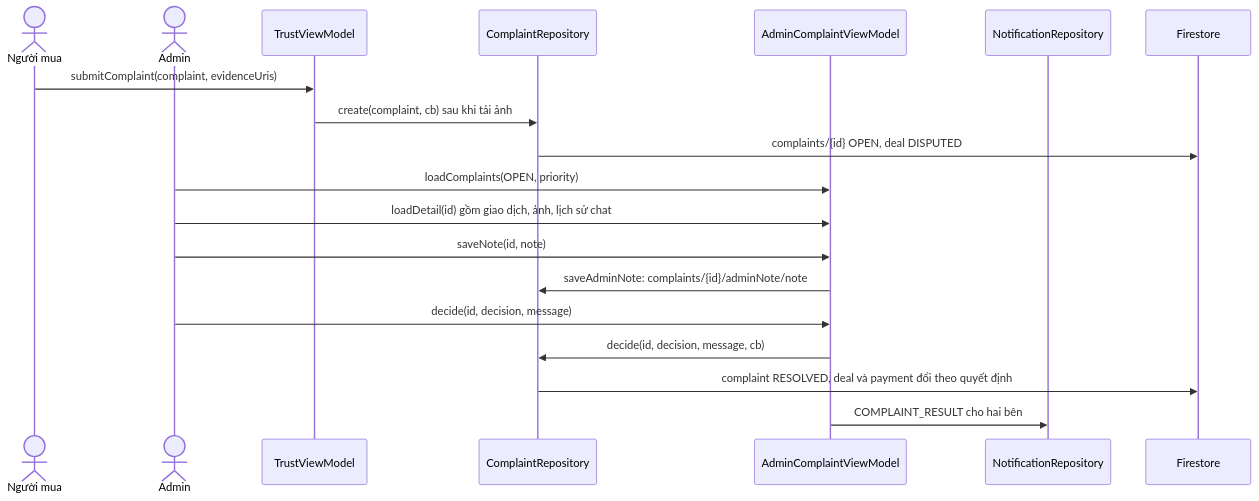
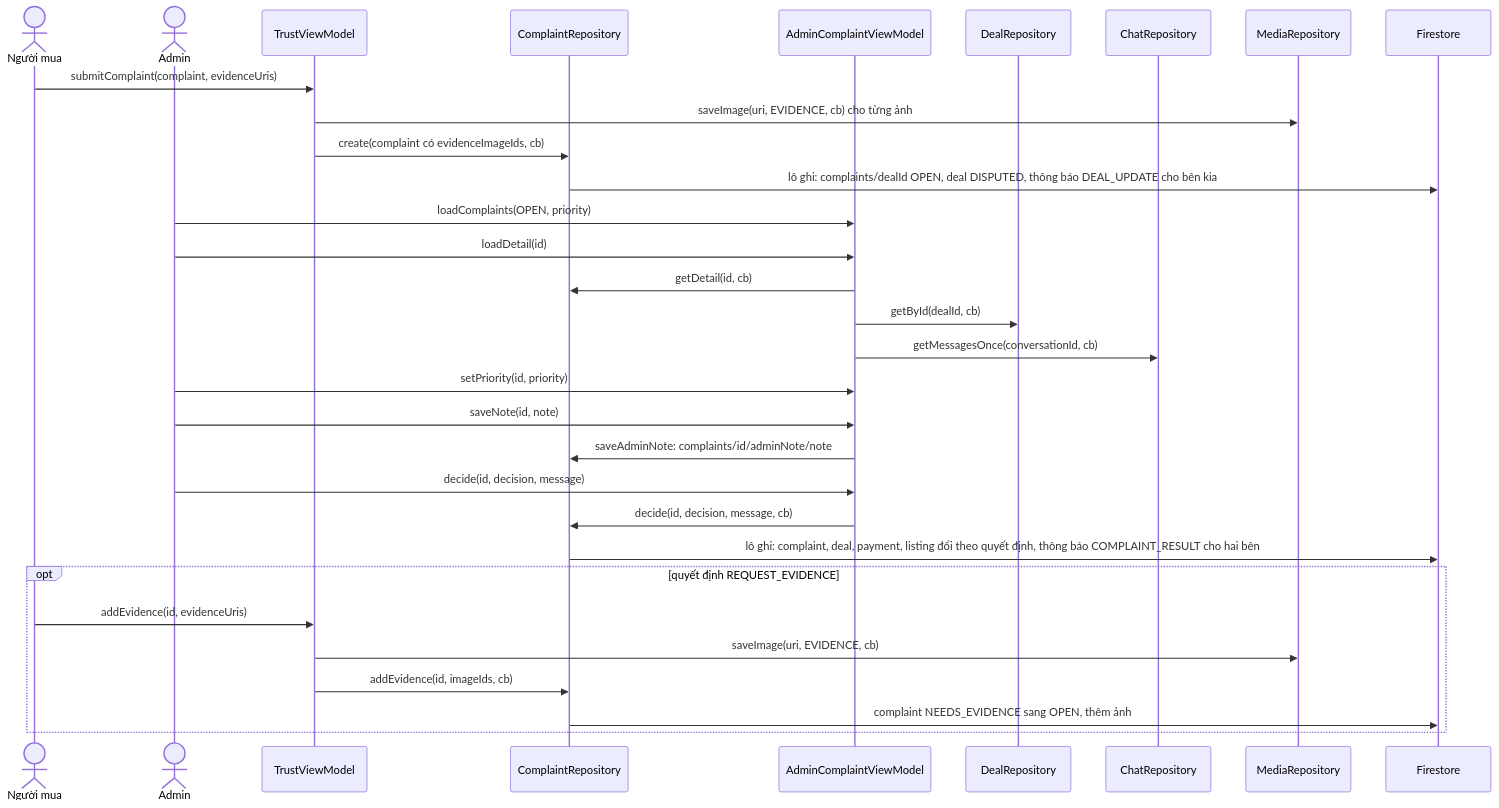
One commit to tahpnart8/NHOM3-MobileApp changed the sixth of 7 diagrams in workflow/docs/architecture/luong-xu-ly.md. Above: the diagram before and after it, drawn with Mermaid. The commit also changed other lines of this file and 116 other files, not shown here.

Commit message:
docs(docs): lưu tạm công việc P0 trước khi tách Pull Request

````diff
--- a/workflow/docs/architecture/luong-xu-ly.md
+++ b/workflow/docs/architecture/luong-xu-ly.md
@@ -188,21 +221,33 @@
 ```mermaid
 sequenceDiagram
     actor B as Người mua
     actor A as Admin
     participant TVM as TrustViewModel
     participant CR as ComplaintRepository
     participant ACVM as AdminComplaintViewModel
-    participant NR as NotificationRepository
+    participant DR as DealRepository
+    participant CHR as ChatRepository
+    participant MR as MediaRepository
     participant FS as Firestore
     B->>TVM: submitComplaint(complaint, evidenceUris)
-    TVM->>CR: create(complaint, cb) sau khi tải ảnh
-    CR->>FS: complaints/{id} OPEN, deal DISPUTED
+    TVM->>MR: saveImage(uri, EVIDENCE, cb) cho từng ảnh
+    TVM->>CR: create(complaint có evidenceImageIds, cb)
+    CR->>FS: lô ghi: complaints/dealId OPEN, deal DISPUTED, thông báo DEAL_UPDATE cho bên kia
     A->>ACVM: loadComplaints(OPEN, priority)
-    A->>ACVM: loadDetail(id) gồm giao dịch, ảnh, lịch sử chat
+    A->>ACVM: loadDetail(id)
+    ACVM->>CR: getDetail(id, cb)
+    ACVM->>DR: getById(dealId, cb)
+    ACVM->>CHR: getMessagesOnce(conversationId, cb)
+    A->>ACVM: setPriority(id, priority)
     A->>ACVM: saveNote(id, note)
-    ACVM->>CR: saveAdminNote: complaints/{id}/adminNote/note
+    ACVM->>CR: saveAdminNote: complaints/id/adminNote/note
     A->>ACVM: decide(id, decision, message)
     ACVM->>CR: decide(id, decision, message, cb)
-    CR->>FS: complaint RESOLVED, deal và payment đổi theo quyết định
-    ACVM->>NR: COMPLAINT_RESULT cho hai bên
+    CR->>FS: lô ghi: complaint, deal, payment, listing đổi theo quyết định, thông báo COMPLAINT_RESULT cho hai bên
+    opt quyết định REQUEST_EVIDENCE
+        B->>TVM: addEvidence(id, evidenceUris)
+        TVM->>MR: saveImage(uri, EVIDENCE, cb)
+        TVM->>CR: addEvidence(id, imageIds, cb)
+        CR->>FS: complaint NEEDS_EVIDENCE sang OPEN, thêm ảnh
+    end
 ```
````
